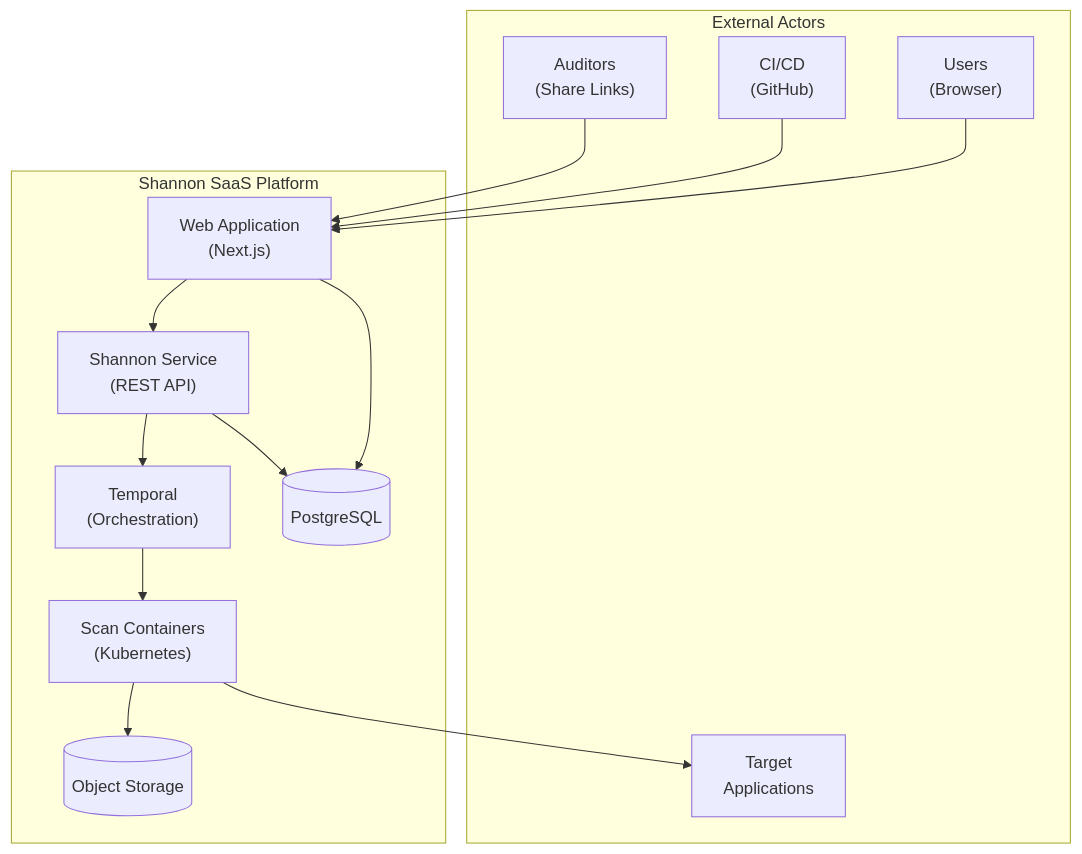
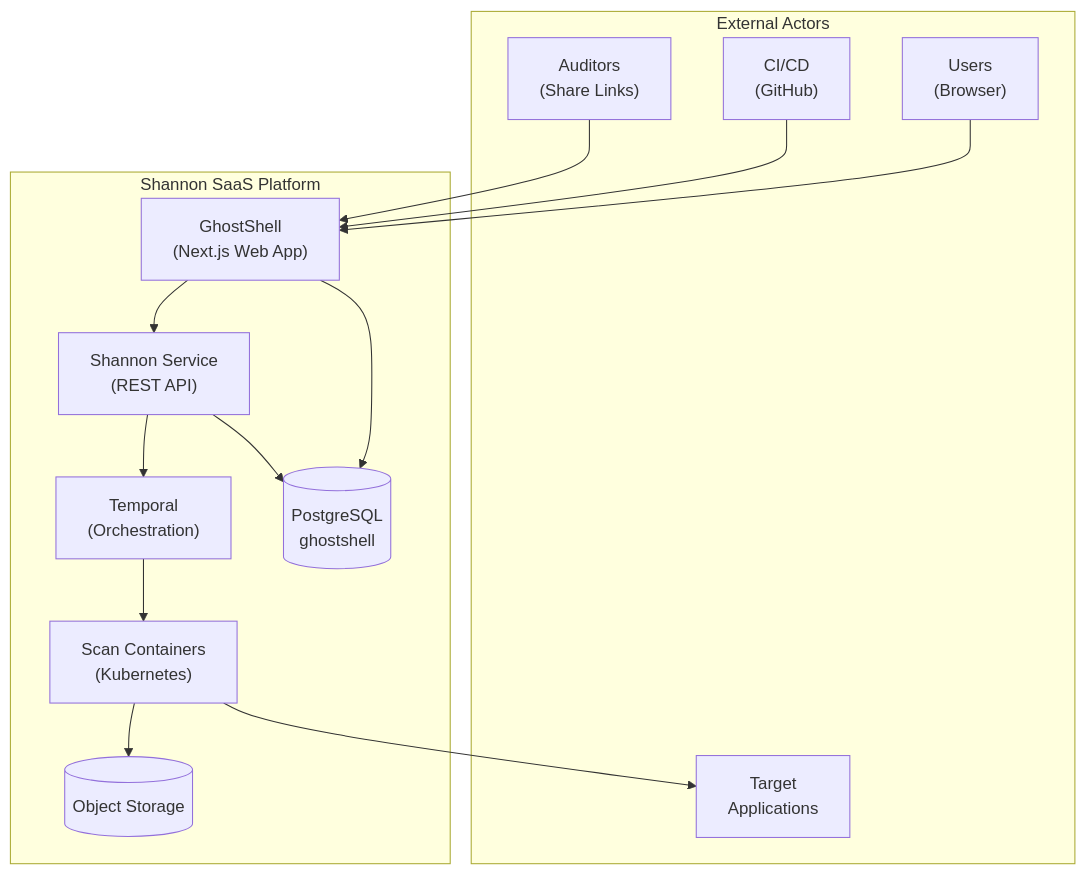
The first of 13 diagrams in .doc/saas/architecture.md (KeygraphHQ/shannon), drawn with Mermaid before and after one commit. The commit also changed other lines of this file and 2 other files, not shown here.

First line of the commit message:
docs(saas): update documentation to reflect monorepo structure and GhostShell naming

````diff
--- a/.doc/saas/architecture.md
+++ b/.doc/saas/architecture.md
@@ -15,29 +20,29 @@
 ```mermaid
 graph TB
     subgraph External["External Actors"]
         Users["Users<br/>(Browser)"]
         CICD["CI/CD<br/>(GitHub)"]
         Targets["Target<br/>Applications"]
         Auditors["Auditors<br/>(Share Links)"]
     end
 
     subgraph Platform["Shannon SaaS Platform"]
-        Web["Web Application<br/>(Next.js)"]
+        GhostShell["GhostShell<br/>(Next.js Web App)"]
         Service["Shannon Service<br/>(REST API)"]
         Temporal["Temporal<br/>(Orchestration)"]
         Containers["Scan Containers<br/>(Kubernetes)"]
-        DB[(PostgreSQL)]
+        DB[(PostgreSQL<br/>ghostshell)]
         Storage[(Object Storage)]
     end
 
-    Users --> Web
-    CICD --> Web
-    Auditors --> Web
-    Web --> Service
+    Users --> GhostShell
+    CICD --> GhostShell
+    Auditors --> GhostShell
+    GhostShell --> Service
     Service --> Temporal
     Temporal --> Containers
     Containers --> Targets
-    Web --> DB
+    GhostShell --> DB
     Service --> DB
     Containers --> Storage
 ```
````
